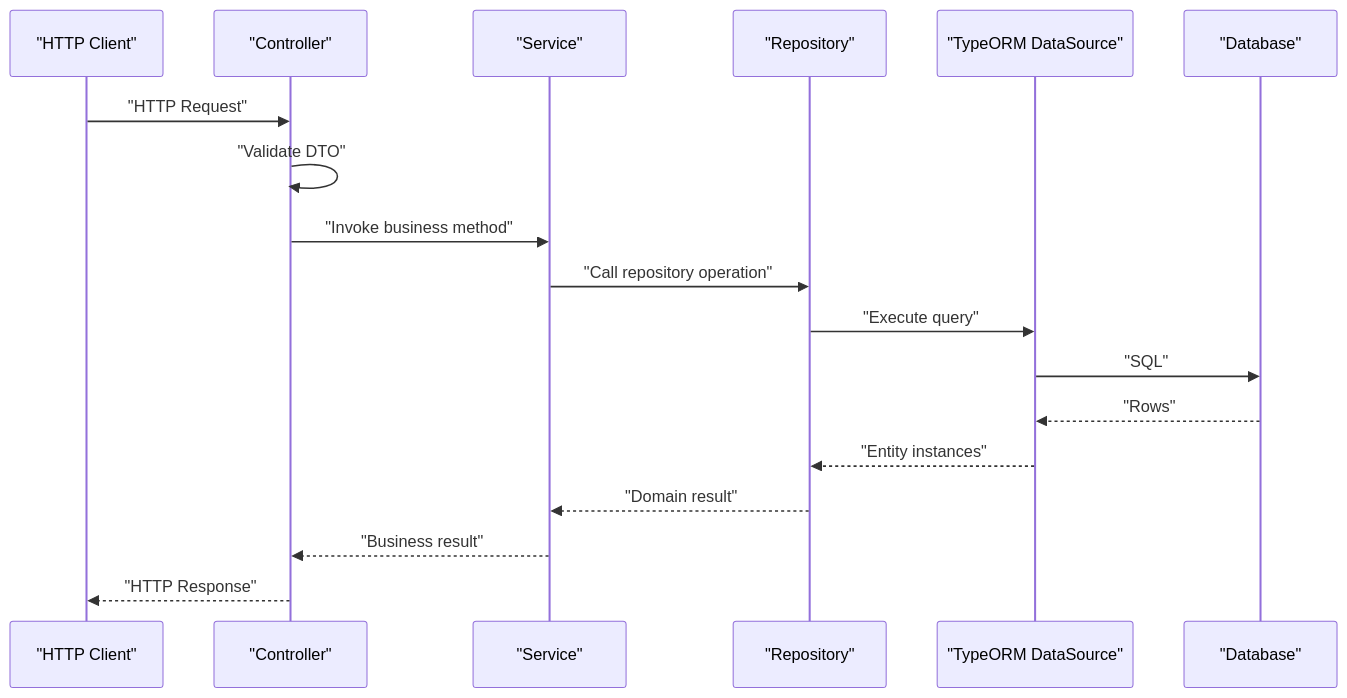
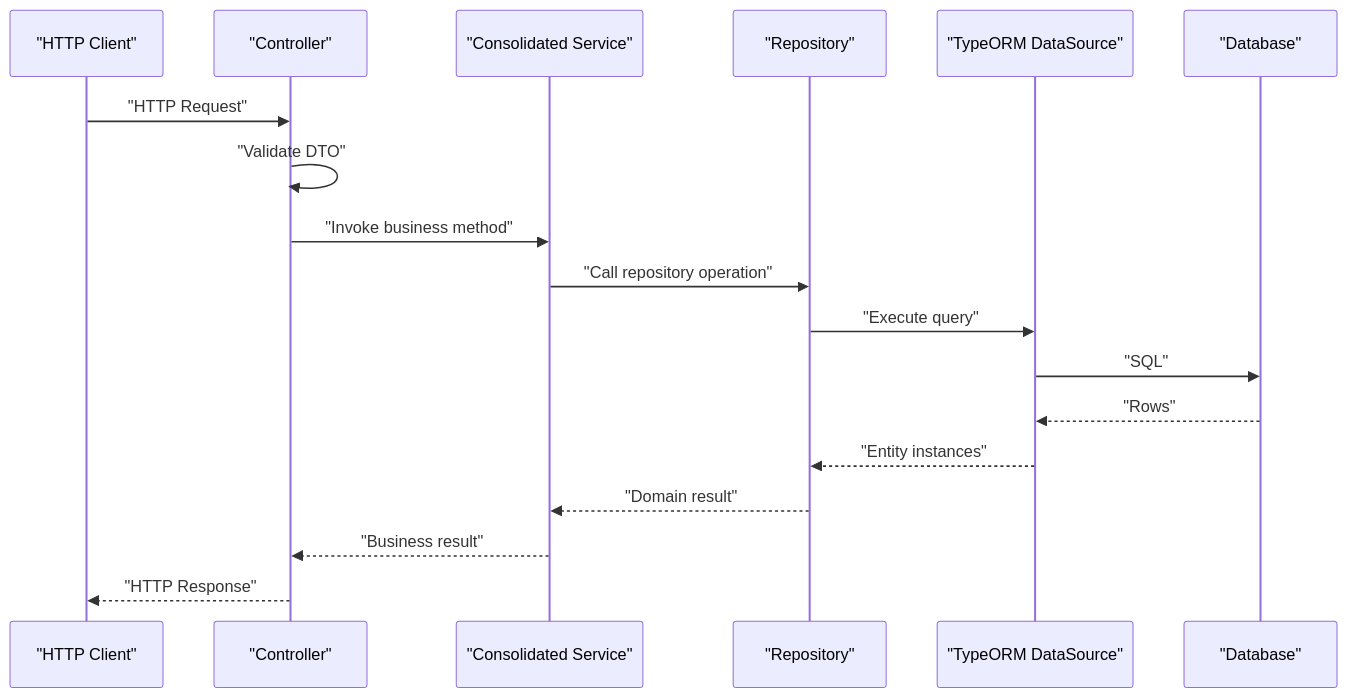
The second of 5 diagrams in .qoder/repowiki/en/content/System Architecture/Backend Architecture/Layered Architecture & Components.md (franckylab/eLISAschool), drawn with Mermaid before and after one commit. The commit also changed other lines of this file and 101 other files, not shown here.

First line of the commit message:
docs(architecture): document refonte de l’architecture backend et améliorations frontend

````diff
--- a/.qoder/repowiki/en/content/System Architecture/Backend Architecture/Layered Architecture & Components.md
+++ b/.qoder/repowiki/en/content/System Architecture/Backend Architecture/Layered Architecture & Components.md
@@ -98,20 +109,20 @@
 ```mermaid
 sequenceDiagram
 participant Client as "HTTP Client"
 participant Controller as "Controller"
-participant Service as "Service"
+participant Service as "Consolidated Service"
 participant Repo as "Repository"
 participant DS as "TypeORM DataSource"
 participant DB as "Database"
 Client->>Controller : "HTTP Request"
 Controller->>Controller : "Validate DTO"
 Controller->>Service : "Invoke business method"
 Service->>Repo : "Call repository operation"
 Repo->>DS : "Execute query"
 DS->>DB : "SQL"
 DB-->>DS : "Rows"
 DS-->>Repo : "Entity instances"
 Repo-->>Service : "Domain result"
 Service-->>Controller : "Business result"
 Controller-->>Client : "HTTP Response"
 ```
````
